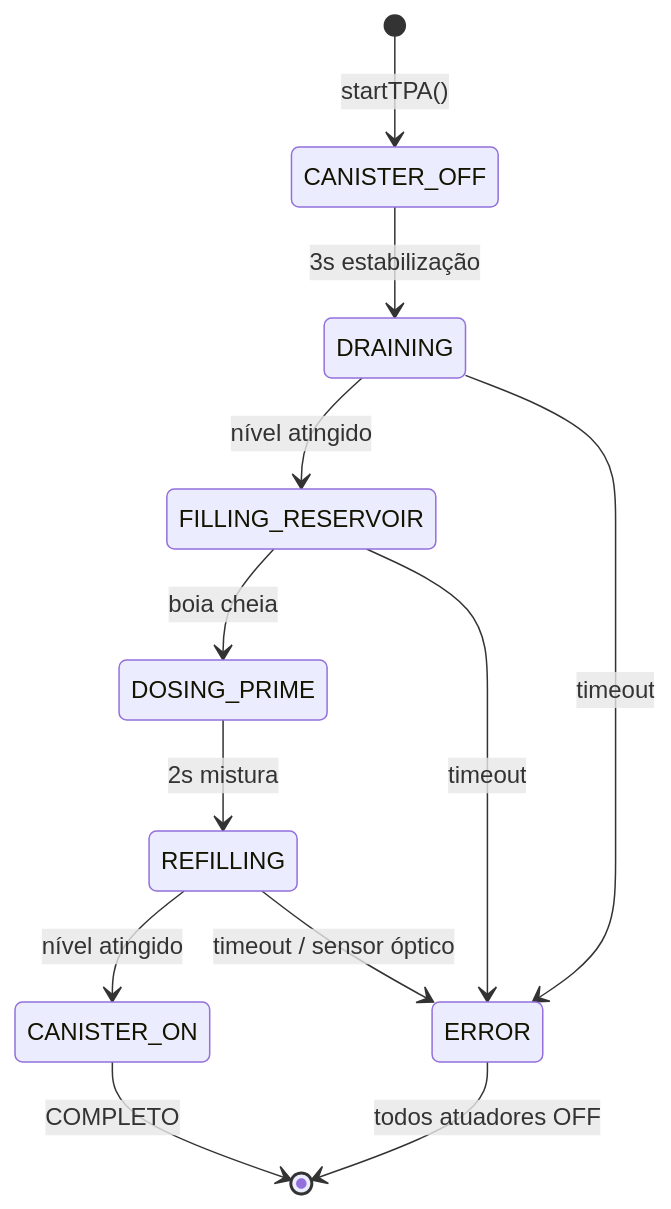
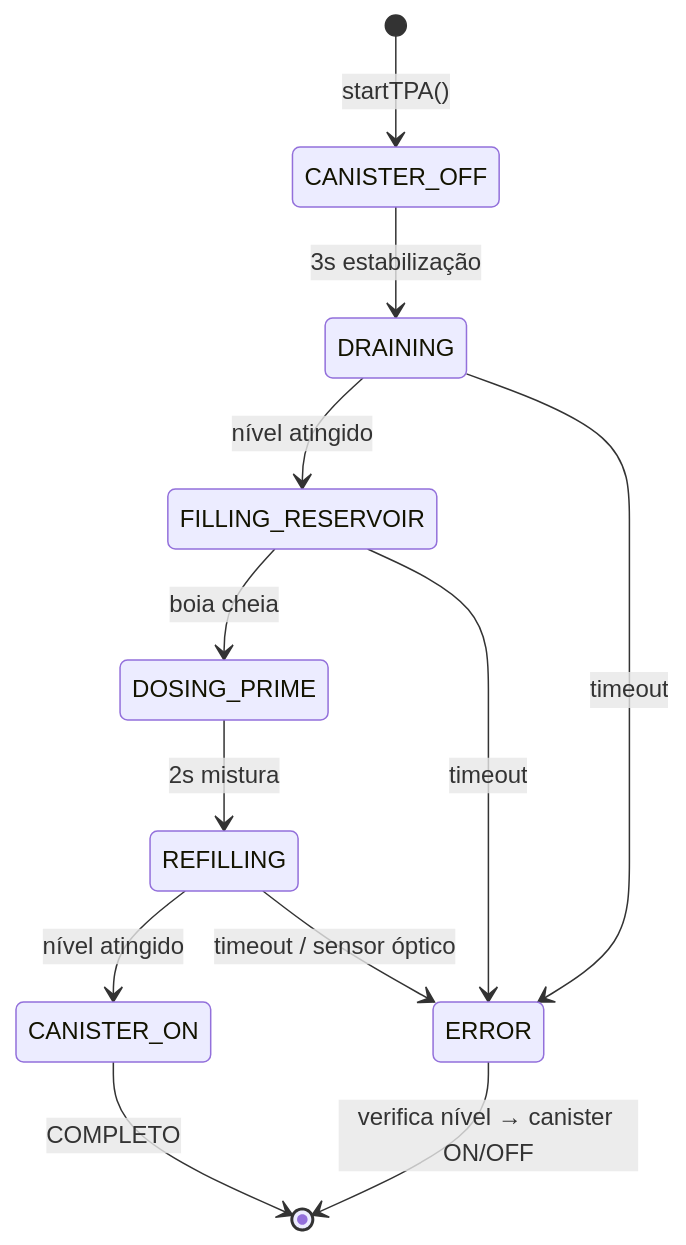
Before and after one commit to PhilipeGatis/SATPAFERT: the first of 2 diagrams in README.pt-BR.md, drawn with Mermaid. The commit also changed other lines of this file and 3 other files, not shown here.

First line of the commit message:
fix: safe canister recovery on TPA error — check water level first

````diff
--- a/README.pt-BR.md
+++ b/README.pt-BR.md
@@ -73,15 +73,15 @@
 ```mermaid
 stateDiagram-v2
     [*] --> CANISTER_OFF: startTPA()
     CANISTER_OFF --> DRAINING: 3s estabilização
     DRAINING --> FILLING_RESERVOIR: nível atingido
     FILLING_RESERVOIR --> DOSING_PRIME: boia cheia
     DOSING_PRIME --> REFILLING: 2s mistura
     REFILLING --> CANISTER_ON: nível atingido
     CANISTER_ON --> [*]: COMPLETO
 
     DRAINING --> ERROR: timeout
     FILLING_RESERVOIR --> ERROR: timeout
     REFILLING --> ERROR: timeout / sensor óptico
-    ERROR --> [*]: todos atuadores OFF
+    ERROR --> [*]: verifica nível → canister ON/OFF
 ```
````
